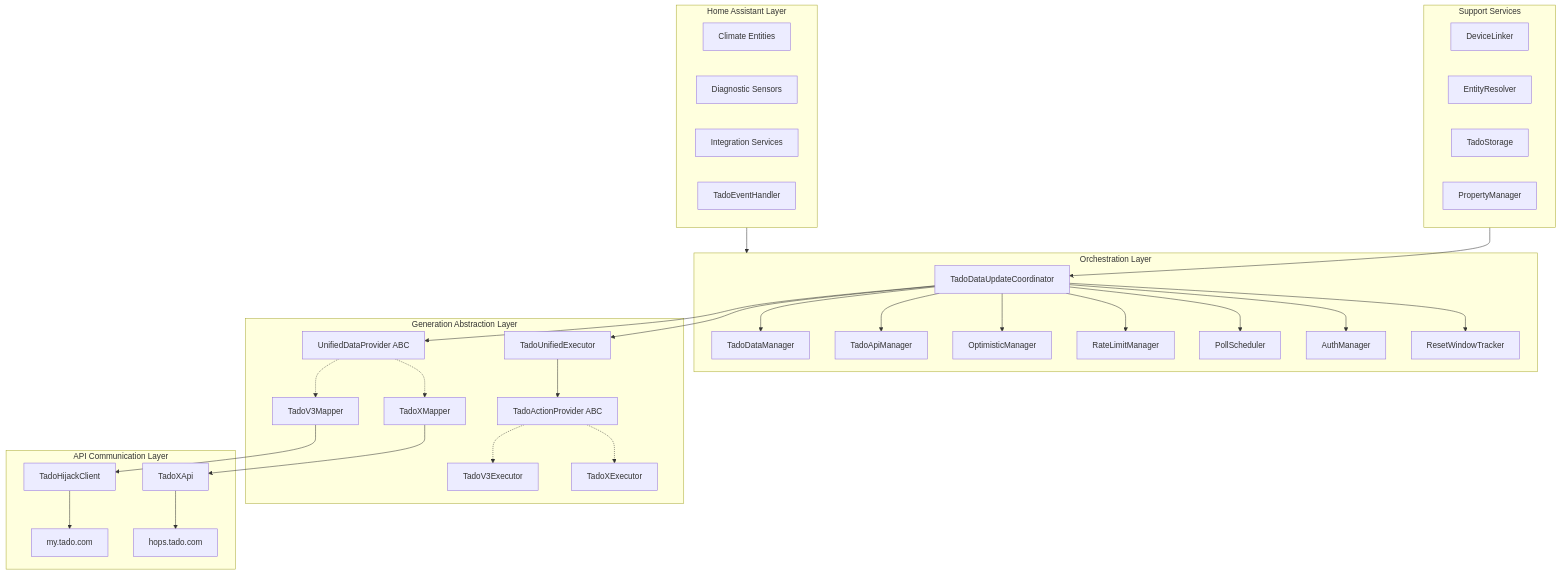
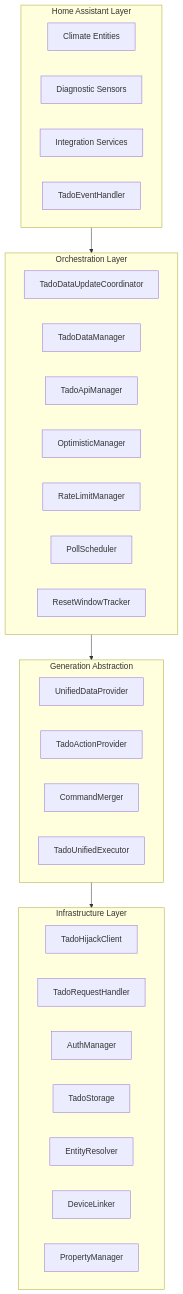
The diagram in docs/ARCHITECTURE.md (banter240/tado_hijack), drawn with Mermaid before and after one commit. The commit also changed other lines of this file and 5 other files, not shown here.

````diff
--- a/docs/ARCHITECTURE.md
+++ b/docs/ARCHITECTURE.md
@@ -9,66 +9,40 @@
 ```mermaid
 graph TD
     subgraph HA [Home Assistant Layer]
         Climate[Climate Entities]
         Sensors[Diagnostic Sensors]
         Services[Integration Services]
         EventHandler[TadoEventHandler]
     end
 
     subgraph Core [Orchestration Layer]
         Coord[TadoDataUpdateCoordinator]
         DM[TadoDataManager]
         AM[TadoApiManager]
         OM[OptimisticManager]
-        RLM[RateLimitManager]
+        RL[RateLimitManager]
         PS[PollScheduler]
-        Auth[AuthManager]
-        RWT[ResetWindowTracker]
+        RW[ResetWindowTracker]
     end
 
-    subgraph Abstraction [Generation Abstraction Layer]
-        UDP[UnifiedDataProvider ABC]
-        TAP[TadoActionProvider ABC]
-        Executor[TadoUnifiedExecutor]
-
-        V3Mapper[TadoV3Mapper]
-        XMapper[TadoXMapper]
-        V3Exec[TadoV3Executor]
-        XExec[TadoXExecutor]
+    subgraph Abstraction [Generation Abstraction]
+        UDP[UnifiedDataProvider]
+        AP[TadoActionProvider]
+        CM[CommandMerger]
+        UE[TadoUnifiedExecutor]
     end
 
-    subgraph API [API Communication Layer]
-        Client[TadoHijackClient]
-        TadoXBridge[TadoXApi]
-        ClassicAPI[my.tado.com]
-        HopsAPI[hops.tado.com]
-    end
-
-    subgraph Support [Support Services]
+    subgraph Infra [Infrastructure Layer]
+        CL[TadoHijackClient]
+        RH[TadoRequestHandler]
+        AUTH[AuthManager]
+        ST[TadoStorage]
+        ER[EntityResolver]
         DL[DeviceLinker]
-        ER[EntityResolver]
-        Storage[TadoStorage]
         PM[PropertyManager]
     end
 
     HA --> Core
-    Coord --> DM
-    Coord --> AM
-    Coord --> OM
-    Coord --> RLM
-    Coord --> PS
-    Coord --> Auth
-    Coord --> RWT
-    Coord --> UDP
-    Coord --> Executor
-    UDP -.-> V3Mapper
-    UDP -.-> XMapper
-    TAP -.-> V3Exec
-    TAP -.-> XExec
-    Executor --> TAP
-    V3Mapper --> Client
-    XMapper --> TadoXBridge
-    Client --> ClassicAPI
-    TadoXBridge --> HopsAPI
-    Support --> Coord
+    Core --> Abstraction
+    Abstraction --> Infra
 ```
````
